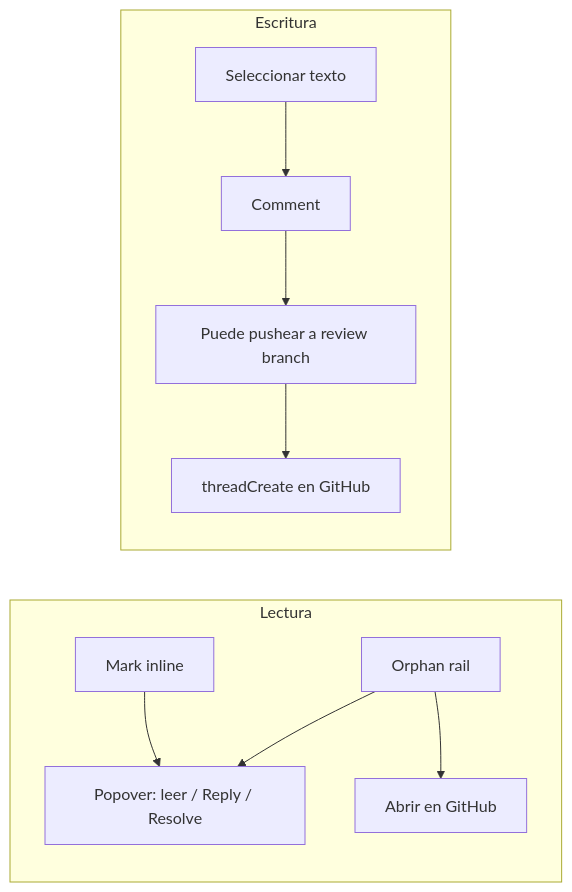
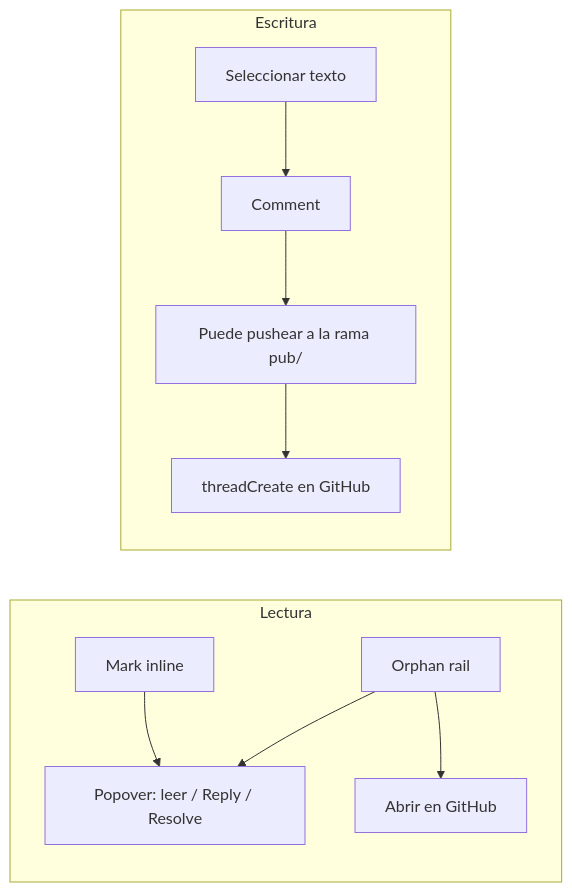
Before and after one commit to SaulMoreyra/slash-md: the eighth of 11 diagrams in docs/FLOWS.md, drawn with Mermaid. The commit also changed other lines of this file and 671 other files, not shown here.

````diff
--- a/docs/FLOWS.md
+++ b/docs/FLOWS.md
@@ -186,13 +192,13 @@
 ```mermaid
 flowchart LR
   subgraph Lectura
     M[Mark inline] --> Pop[Popover: leer / Reply / Resolve]
     O[Orphan rail] --> Pop
     O --> GH[Abrir en GitHub]
   end
   subgraph Escritura
     Sel[Seleccionar texto] --> C[Comment]
-    C --> Push[Puede pushear a review branch]
+    C --> Push[Puede pushear a la rama pub/]
     Push --> TH[threadCreate en GitHub]
   end
 ```
````
